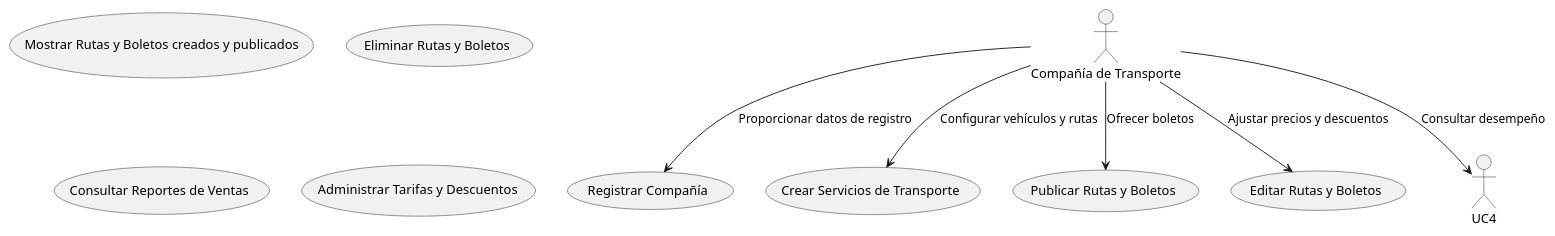
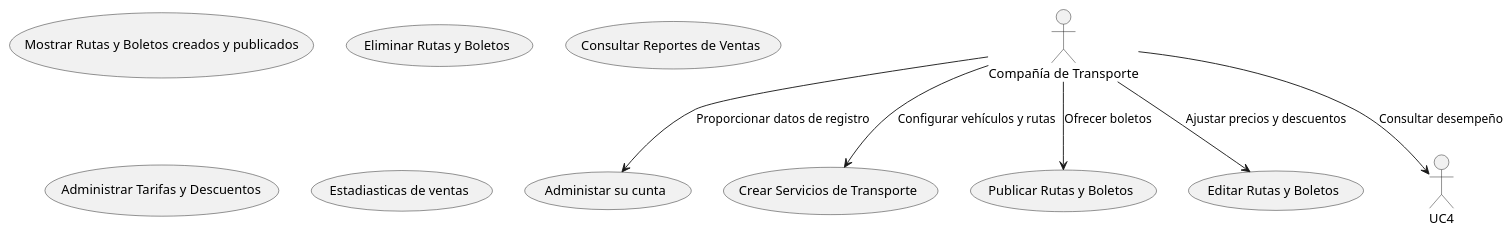
The diagram in Documentation/use cases/Companies.puml (GabrielCarrilloF/AirWay---System), drawn with PlantUML before and after one commit.

Commit message:
Add useCase in Company

```diff
--- a/Documentation/use cases/Companies.puml
+++ b/Documentation/use cases/Companies.puml
@@ -1,20 +1,22 @@
 @startuml c
 actor "Compañía de Transporte" as Company
 
     usecase "Registrar Compañía" as UC1
+    usecase "Administar su cunta" as UC1
     usecase "Crear Servicios de Transporte" as UC2
     usecase "Publicar Rutas y Boletos" as UC3
     usecase "Editar Rutas y Boletos" as UC5
     usecase "Mostrar Rutas y Boletos creados y publicados" as UC6
     usecase "Eliminar Rutas y Boletos" as UC7
     usecase "Consultar Reportes de Ventas" as UC8
     usecase "Administrar Tarifas y Descuentos" as UC9
+    usecase "Estadiasticas de ventas" as UC10
 
 
 Company --> UC1 : "Proporcionar datos de registro"
 Company --> UC2 : "Configurar vehículos y rutas"
 Company --> UC3 : "Ofrecer boletos"
 Company --> UC4 : "Consultar desempeño"
 Company --> UC5 : "Ajustar precios y descuentos"
 
 @enduml
```
